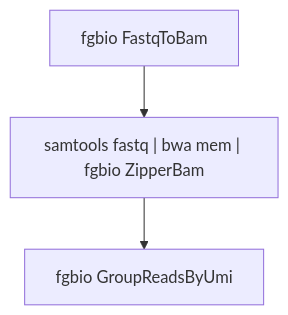
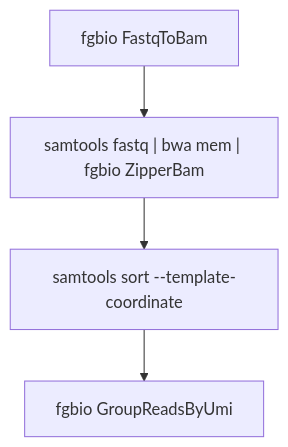
Before and after one commit to fulcrumgenomics/fgbio: the first of 3 diagrams in docs/best-practice-consensus-pipeline.md, drawn with Mermaid. The commit also changed other lines of this file and 5 other files, not shown here.

````diff
--- a/docs/best-practice-consensus-pipeline.md
+++ b/docs/best-practice-consensus-pipeline.md
@@ -57,5 +57,6 @@
 ```mermaid
 graph TD;
 A["fgbio FastqToBam"]-->B["samtools fastq | bwa mem | fgbio ZipperBam"];
-B-->C["fgbio GroupReadsByUmi"];
+B-->C["samtools sort --template-coordinate"];
+C-->D["fgbio GroupReadsByUmi"];
 ```
````
